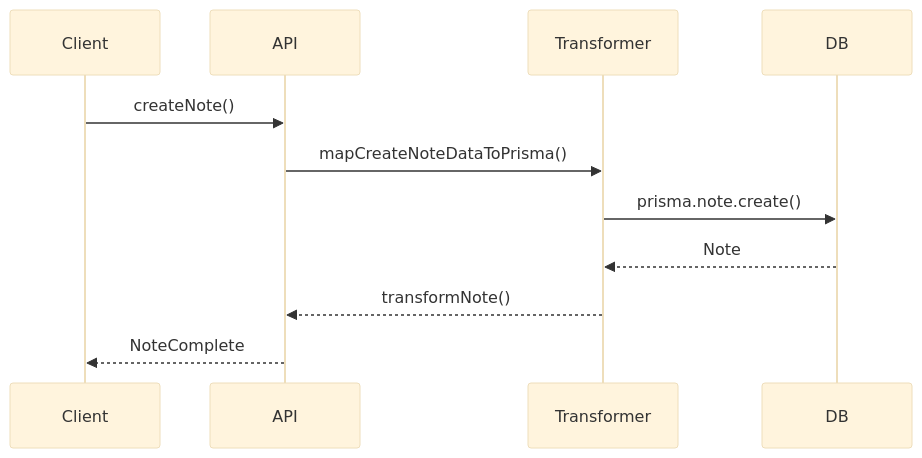
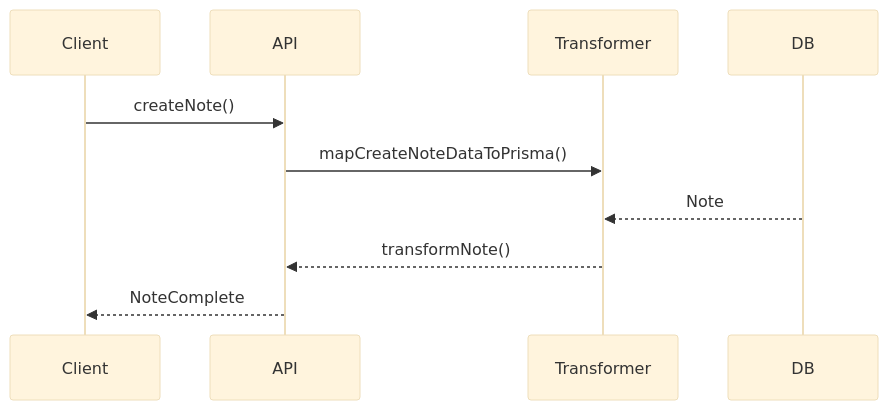
One commit to gvastethecreator/media-manager changed the second of 2 diagrams in src/types/entities/note/README.md. Above: the diagram before and after it, drawn with Mermaid (base theme). The commit also changed 129 other files, not shown here.

````diff
--- a/src/types/entities/note/README.md
+++ b/src/types/entities/note/README.md
@@ -38,13 +38,13 @@
 ```mermaid
 sequenceDiagram
     participant Client
     participant API
     participant Transformer
     participant DB
     Client->>API: createNote()
     API->>Transformer: mapCreateNoteDataToPrisma()
-    Transformer->>DB: prisma.note.create()
+    
     DB-->>Transformer: Note
     Transformer-->>API: transformNote()
     API-->>Client: NoteComplete
 ```
````
